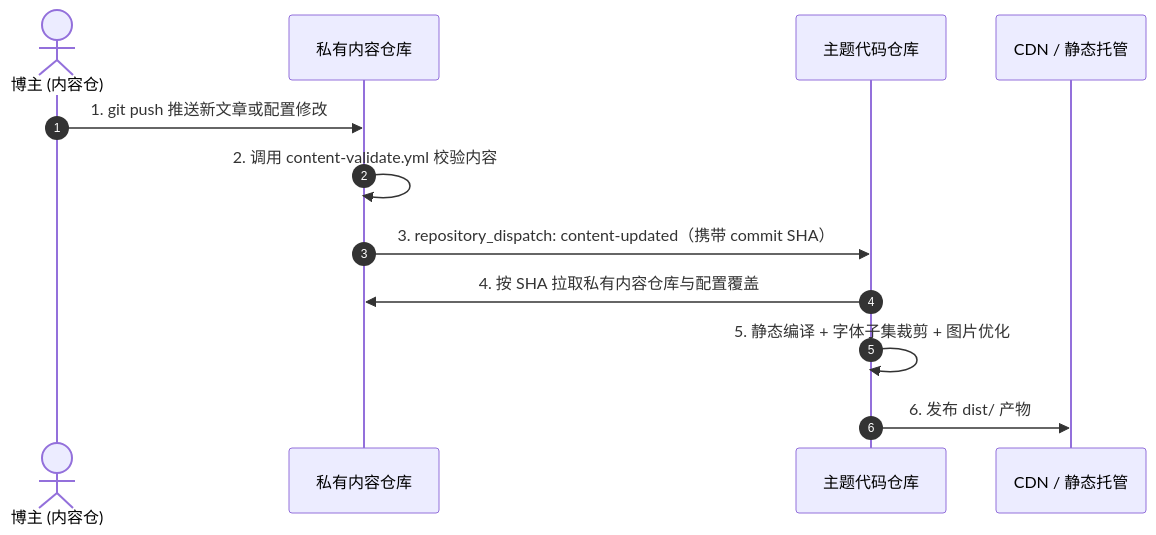
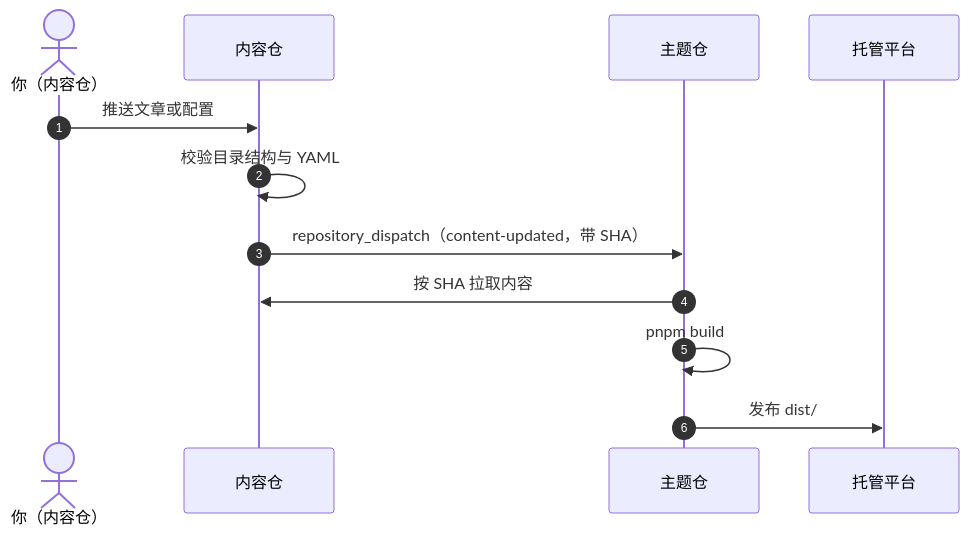
Before and after one commit to LyraVoid/Shirone-Docs: the diagram in docs/guide/content-separation/ci-dispatch/README.md, drawn with Mermaid. The commit also changed other lines of this file and 21 other files, not shown here.

````diff
--- a/docs/guide/content-separation/ci-dispatch/README.md
+++ b/docs/guide/content-separation/ci-dispatch/README.md
@@ -14,15 +9,15 @@
 ```mermaid
 sequenceDiagram
     autonumber
-    actor Author as 博主 (内容仓)
-    participant ContentRepo as 私有内容仓库
-    participant ThemeRepo as 主题代码仓库
-    participant DeployTarget as CDN / 静态托管
+    actor Author as 你（内容仓）
+    participant ContentRepo as 内容仓
+    participant ThemeRepo as 主题仓
+    participant Host as 托管平台
 
-    Author->>ContentRepo: 1. git push 推送新文章或配置修改
-    ContentRepo->>ContentRepo: 2. 调用 content-validate.yml 校验内容
-    ContentRepo->>ThemeRepo: 3. repository_dispatch: content-updated（携带 commit SHA）
-    ThemeRepo->>ContentRepo: 4. 按 SHA 拉取私有内容仓库与配置覆盖
-    ThemeRepo->>ThemeRepo: 5. 静态编译 + 字体子集裁剪 + 图片优化
-    ThemeRepo->>DeployTarget: 6. 发布 dist/ 产物
+    Author->>ContentRepo: 推送文章或配置
+    ContentRepo->>ContentRepo: 校验目录结构与 YAML
+    ContentRepo->>ThemeRepo: repository_dispatch（content-updated，带 SHA）
+    ThemeRepo->>ContentRepo: 按 SHA 拉取内容
+    ThemeRepo->>ThemeRepo: pnpm build
+    ThemeRepo->>Host: 发布 dist/
 ```
````
